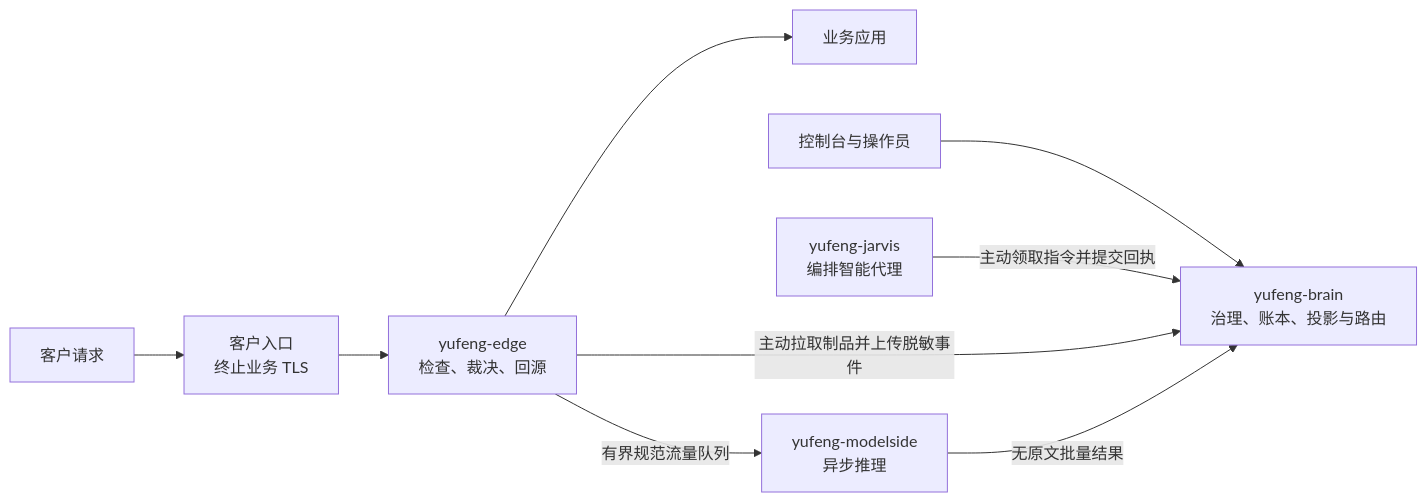
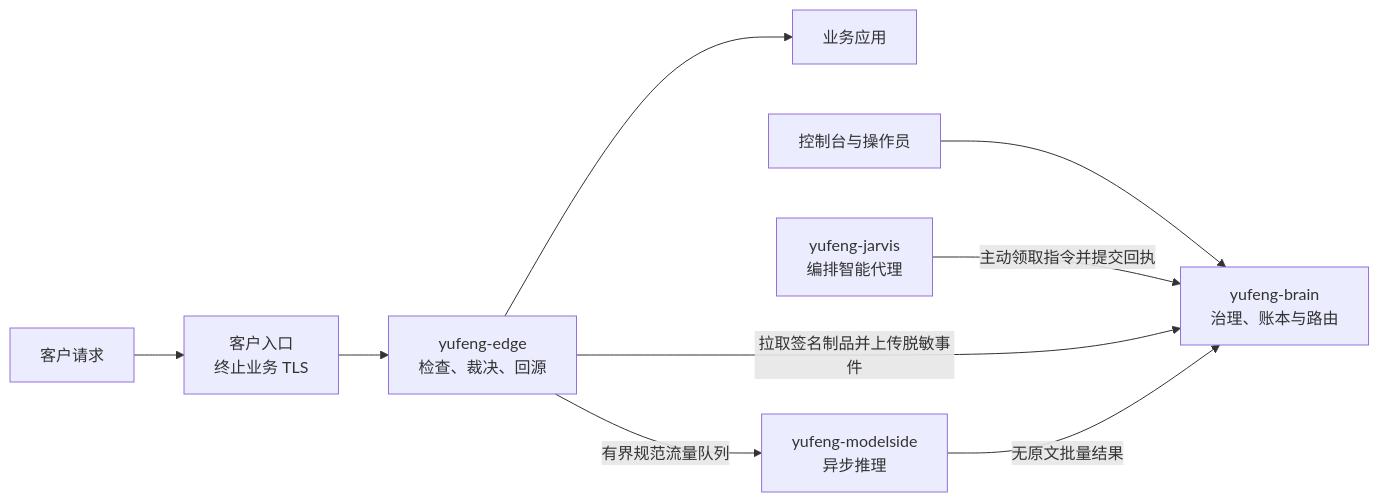
One commit to ZionOVO/YuFeng changed the diagram in README.md. Above: the diagram before and after it, drawn with Mermaid. The commit also changed other lines of this file and 23 other files, not shown here.

````diff
--- a/README.md
+++ b/README.md
@@ -22,12 +19,12 @@
 ```mermaid
 flowchart LR
     Client[客户请求] --> Ingress[客户入口<br/>终止业务 TLS]
     Ingress --> Edge[yufeng-edge<br/>检查、裁决、回源]
     Edge --> App[业务应用]
 
-    Console[控制台与操作员] --> Brain[yufeng-brain<br/>治理、账本、投影与路由]
+    Console[控制台与操作员] --> Brain[yufeng-brain<br/>治理、账本与路由]
     Jarvis[yufeng-jarvis<br/>编排智能代理] -- 主动领取指令并提交回执 --> Brain
-    Edge -- 主动拉取制品并上传脱敏事件 --> Brain
+    Edge -- 拉取签名制品并上传脱敏事件 --> Brain
     Edge -- 有界规范流量队列 --> ModelSide[yufeng-modelside<br/>异步推理]
     ModelSide -- 无原文批量结果 --> Brain
 ```
````
